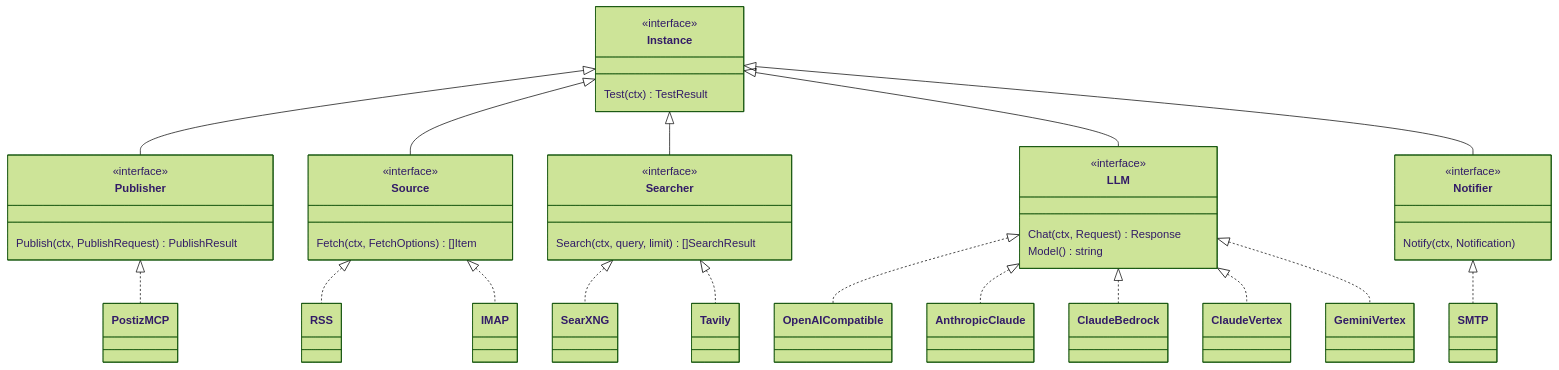
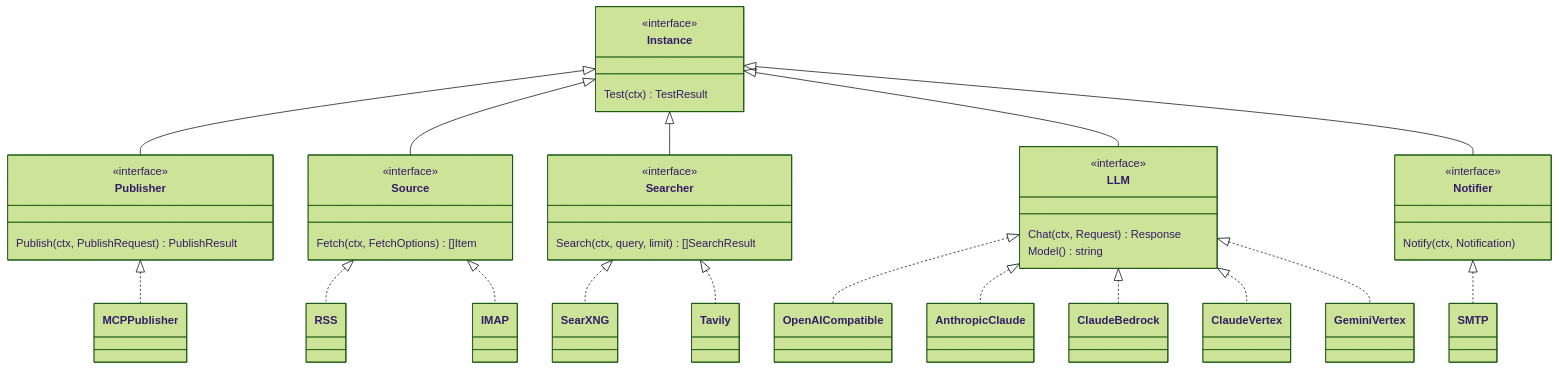
One commit to j75689/cueflow changed the second of 6 diagrams in docs/architecture.md. Above: the diagram before and after it, drawn with Mermaid (forest theme). The commit also changed other lines of this file and 40 other files, not shown here.

First line of the commit message:
feat!: drop Postiz and ship a mock publisher for the MCP publisher contract (#7)

````diff
--- a/docs/architecture.md
+++ b/docs/architecture.md
@@ -147,44 +147,44 @@
 ```mermaid
 classDiagram
     class Instance {
         <<interface>>
         Test(ctx) TestResult
     }
     class Publisher {
         <<interface>>
         Publish(ctx, PublishRequest) PublishResult
     }
     class Source {
         <<interface>>
         Fetch(ctx, FetchOptions) []Item
     }
     class Searcher {
         <<interface>>
         Search(ctx, query, limit) []SearchResult
     }
     class LLM {
         <<interface>>
         Chat(ctx, Request) Response
         Model() string
     }
     class Notifier {
         <<interface>>
         Notify(ctx, Notification)
     }
     Instance <|-- Publisher
     Instance <|-- Source
     Instance <|-- Searcher
     Instance <|-- LLM
     Instance <|-- Notifier
-    Publisher <|.. PostizMCP
+    Publisher <|.. MCPPublisher
     Source <|.. RSS
     Source <|.. IMAP
     Searcher <|.. SearXNG
     Searcher <|.. Tavily
     LLM <|.. OpenAICompatible
     LLM <|.. AnthropicClaude
     LLM <|.. ClaudeBedrock
     LLM <|.. ClaudeVertex
     LLM <|.. GeminiVertex
     Notifier <|.. SMTP
 ```
````
